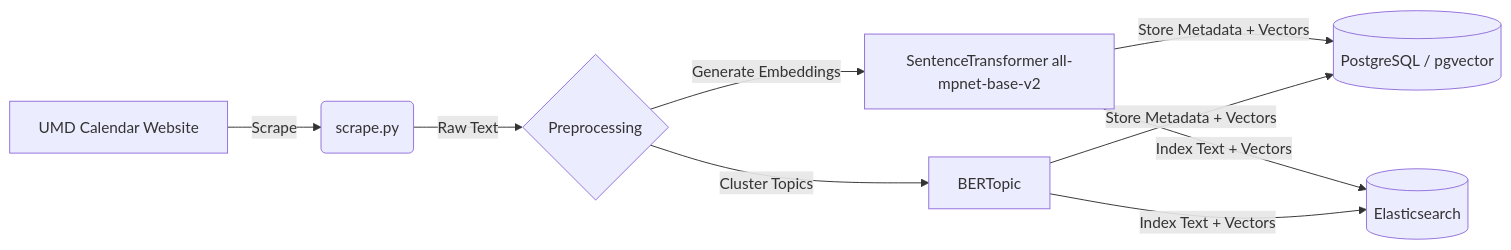
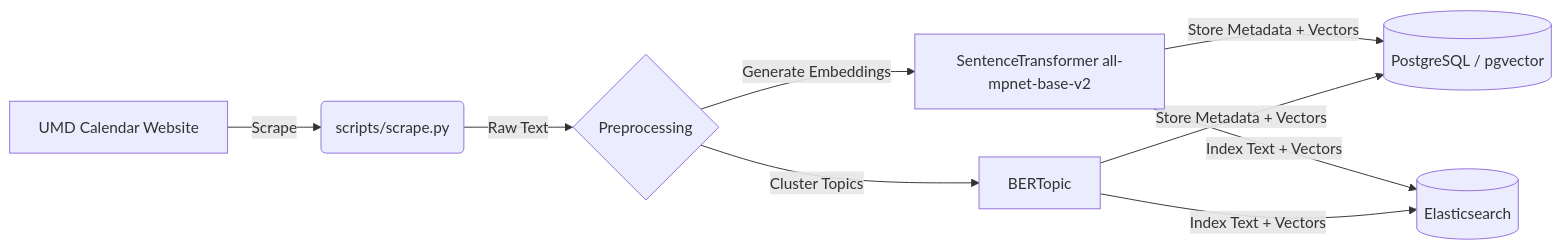
The first of 2 diagrams in README.md (blank4hd/Testudobot_UMD_Event_DialogSystem), drawn with Mermaid before and after one commit. The commit also changed other lines of this file and 18 other files, not shown here.

````diff
--- a/README.md
+++ b/README.md
@@ -46,9 +57,9 @@
 ```mermaid
 flowchart LR
-    A[UMD Calendar Website] -->|Scrape| B(scrape.py)
+    A[UMD Calendar Website] -->|Scrape| B(scripts/scrape.py)
     B -->|Raw Text| C{Preprocessing}
     C -->|Generate Embeddings| D[SentenceTransformer all-mpnet-base-v2]
     C -->|Cluster Topics| E[BERTopic]
     D & E -->|Store Metadata + Vectors| F[(PostgreSQL / pgvector)]
     D & E -->|Index Text + Vectors| G[(Elasticsearch)]
 ```
````
